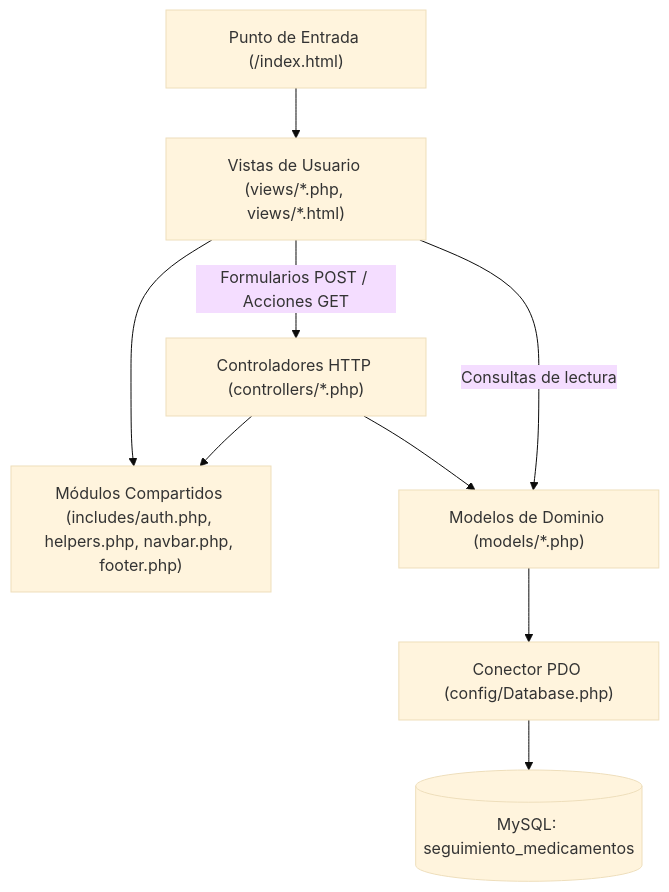
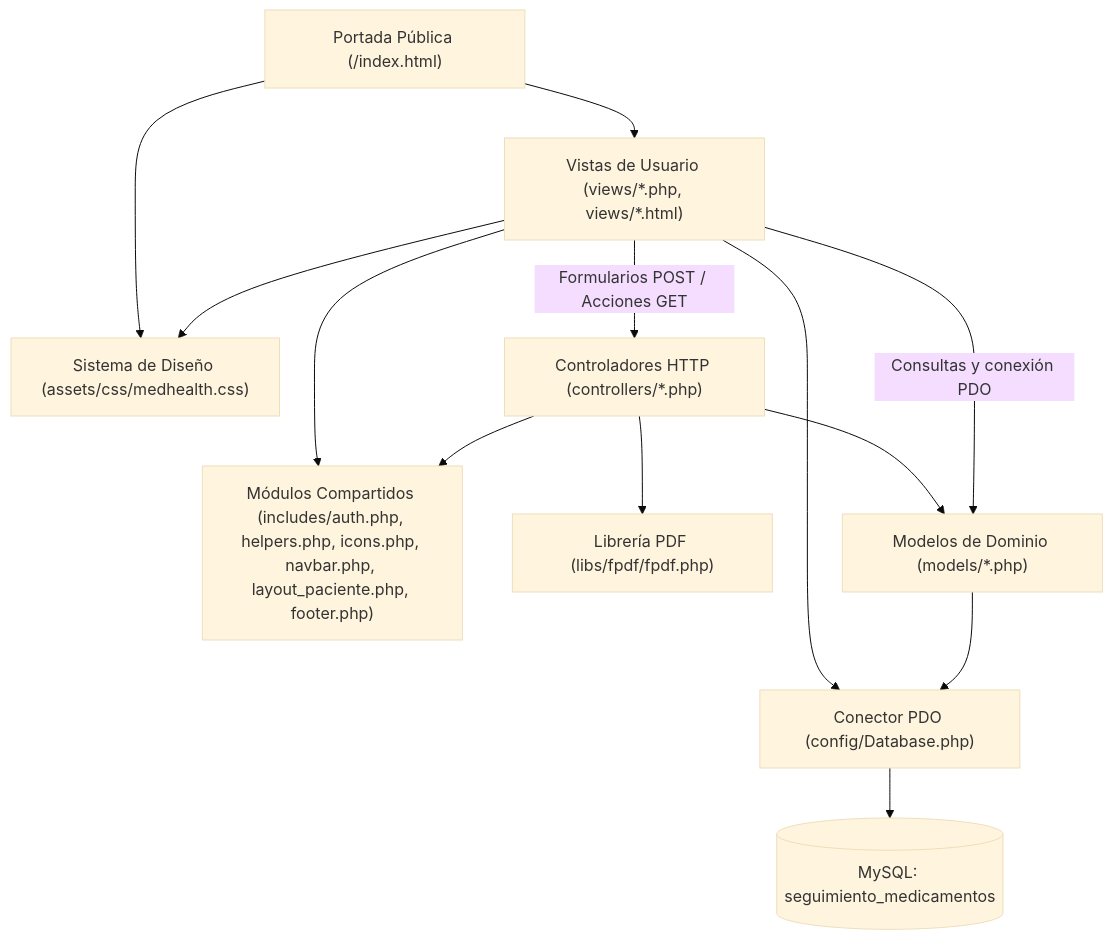
The diagram in docs/README.md (Taquit/MedHelth), drawn with Mermaid (base theme) before and after one commit. The commit also changed other lines of this file and 73 other files, not shown here.

````diff
--- a/docs/README.md
+++ b/docs/README.md
@@ -37,19 +41,25 @@
 ```mermaid
 flowchart TD
-    INDEX["Punto de Entrada (/index.html)"]
+    INDEX["Portada Pública (/index.html)"]
     VIEWS["Vistas de Usuario (views/*.php, views/*.html)"]
-    INC["Módulos Compartidos (includes/auth.php, helpers.php, navbar.php, footer.php)"]
+    CSS["Sistema de Diseño (assets/css/medhealth.css)"]
+    INC["Módulos Compartidos (includes/auth.php, helpers.php, icons.php, navbar.php, layout_paciente.php, footer.php)"]
     CTRL["Controladores HTTP (controllers/*.php)"]
+    FPDF["Librería PDF (libs/fpdf/fpdf.php)"]
     MDL["Modelos de Dominio (models/*.php)"]
     DB["Conector PDO (config/Database.php)"]
     MYSQL[("MySQL: seguimiento_medicamentos")]
 
+    INDEX --> CSS
     INDEX --> VIEWS
+    VIEWS --> CSS
     VIEWS --> INC
     VIEWS -->|Formularios POST / Acciones GET| CTRL
     CTRL --> INC
     CTRL --> MDL
-    VIEWS -->|Consultas de lectura| MDL
+    CTRL --> FPDF
+    VIEWS -->|Consultas y conexión PDO| MDL
+    VIEWS --> DB
     MDL --> DB
     DB --> MYSQL
 ```
````
